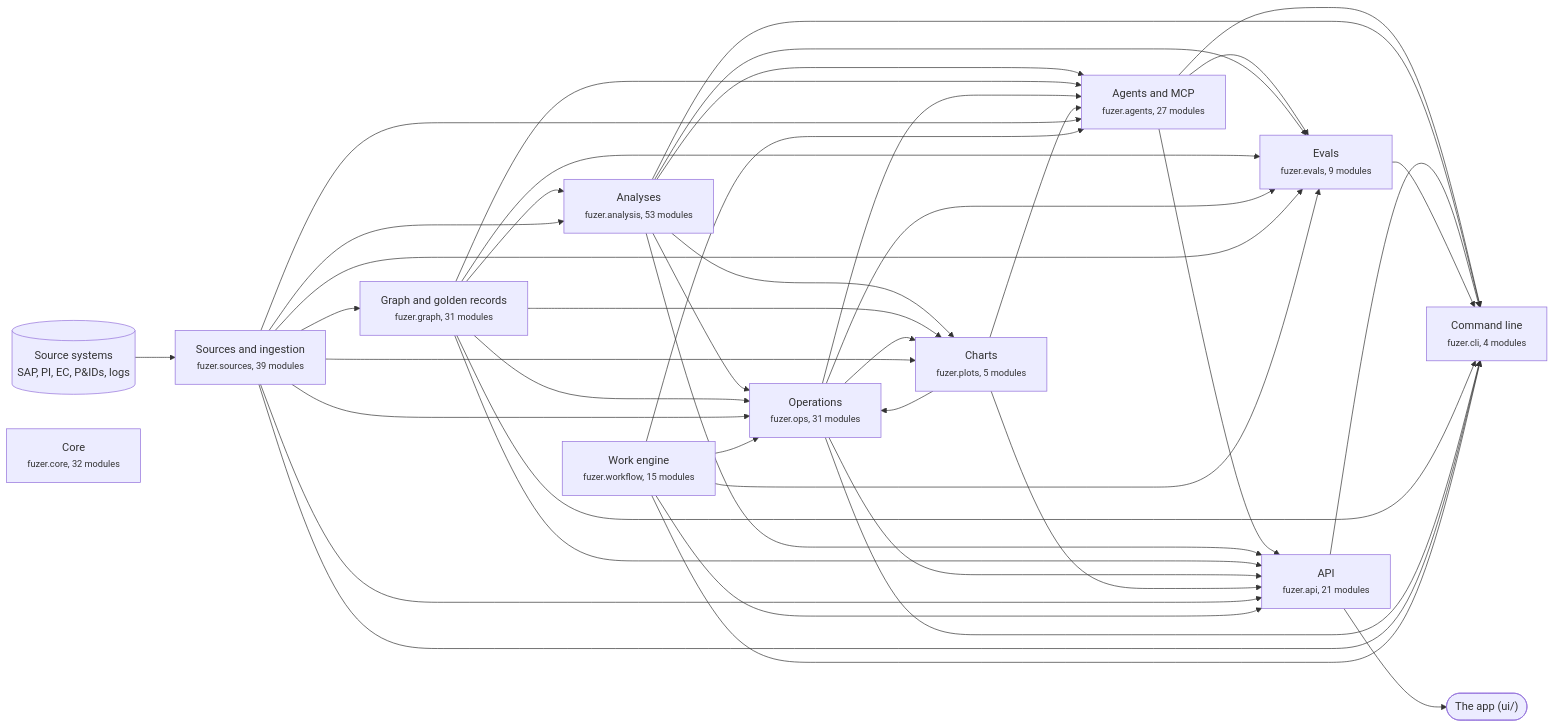
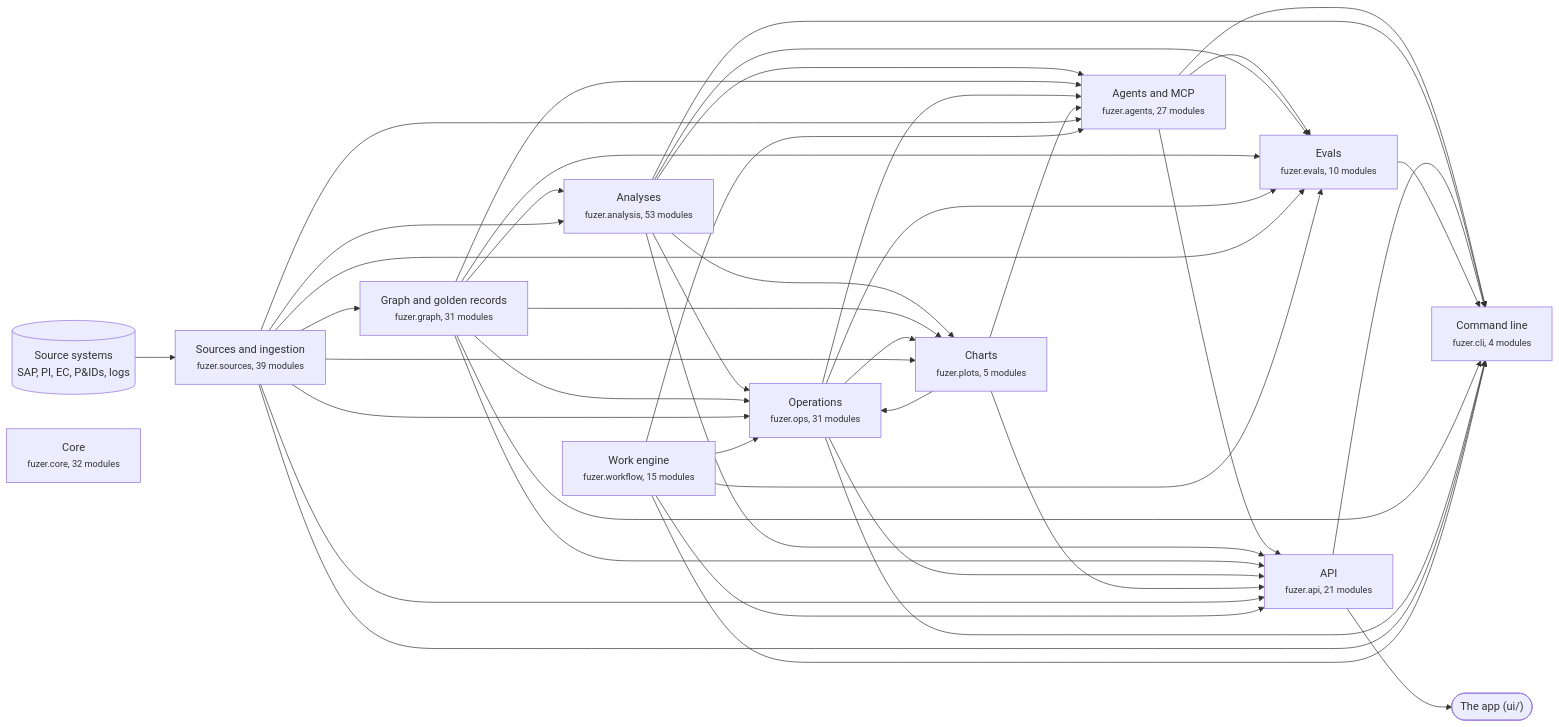
The first of 3 diagrams in docs/architecture.md (areed145/fuzer), drawn with Mermaid before and after one commit. The commit also changed other lines of this file and 7 other files, not shown here.

````diff
--- a/docs/architecture.md
+++ b/docs/architecture.md
@@ -8,67 +8,67 @@
 ```mermaid
 flowchart LR
   systems[("Source systems<br>SAP, PI, EC, P&IDs, logs")] --> c_sources
   app(["The app (ui/)"])
   c_api --> app
   c_sources["Sources and ingestion<br><small>fuzer.sources, 39 modules</small>"]
   c_graph["Graph and golden records<br><small>fuzer.graph, 31 modules</small>"]
   c_analysis["Analyses<br><small>fuzer.analysis, 53 modules</small>"]
   c_ops["Operations<br><small>fuzer.ops, 31 modules</small>"]
   c_plots["Charts<br><small>fuzer.plots, 5 modules</small>"]
   c_workflow["Work engine<br><small>fuzer.workflow, 15 modules</small>"]
   c_agents["Agents and MCP<br><small>fuzer.agents, 27 modules</small>"]
-  c_evals["Evals<br><small>fuzer.evals, 9 modules</small>"]
+  c_evals["Evals<br><small>fuzer.evals, 10 modules</small>"]
   c_api["API<br><small>fuzer.api, 21 modules</small>"]
   c_cli["Command line<br><small>fuzer.cli, 4 modules</small>"]
   c_core["Core<br><small>fuzer.core, 32 modules</small>"]
   c_sources --> c_graph
   c_graph --> c_analysis
   c_sources --> c_analysis
   c_analysis --> c_ops
   c_graph --> c_ops
   c_plots --> c_ops
   c_sources --> c_ops
   c_workflow --> c_ops
   c_analysis --> c_plots
   c_graph --> c_plots
   c_ops --> c_plots
   c_sources --> c_plots
   c_analysis --> c_agents
   c_graph --> c_agents
   c_ops --> c_agents
   c_plots --> c_agents
   c_sources --> c_agents
   c_workflow --> c_agents
   c_agents --> c_evals
   c_analysis --> c_evals
   c_graph --> c_evals
   c_ops --> c_evals
   c_sources --> c_evals
   c_workflow --> c_evals
   c_agents --> c_api
   c_analysis --> c_api
   c_graph --> c_api
   c_ops --> c_api
   c_plots --> c_api
   c_sources --> c_api
   c_workflow --> c_api
   c_agents --> c_cli
   c_analysis --> c_cli
   c_api --> c_cli
   c_evals --> c_cli
   c_graph --> c_cli
   c_ops --> c_cli
   c_sources --> c_cli
   c_workflow --> c_cli
   click c_sources "https://github.com/areed145/fuzer/tree/main/src/fuzer/sources"
   click c_graph "https://github.com/areed145/fuzer/tree/main/src/fuzer/graph"
   click c_analysis "https://github.com/areed145/fuzer/tree/main/src/fuzer/analysis"
   click c_ops "https://github.com/areed145/fuzer/tree/main/src/fuzer/ops"
   click c_plots "https://github.com/areed145/fuzer/tree/main/src/fuzer/plots"
   click c_workflow "https://github.com/areed145/fuzer/tree/main/src/fuzer/workflow"
   click c_agents "https://github.com/areed145/fuzer/tree/main/src/fuzer/agents"
   click c_evals "https://github.com/areed145/fuzer/tree/main/src/fuzer/evals"
   click c_api "https://github.com/areed145/fuzer/tree/main/src/fuzer/api"
   click c_cli "https://github.com/areed145/fuzer/tree/main/src/fuzer/cli"
   click c_core "https://github.com/areed145/fuzer/tree/main/src/fuzer/core"
 ```
````
